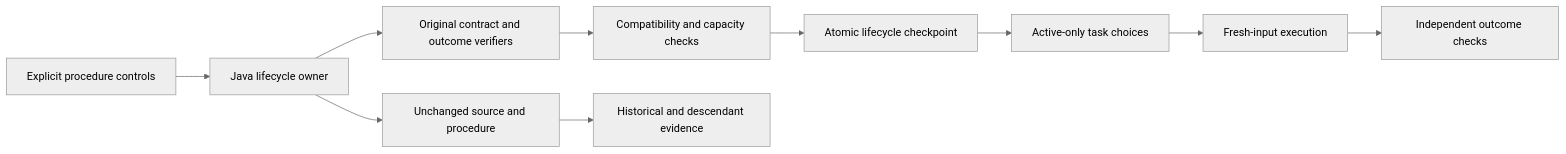
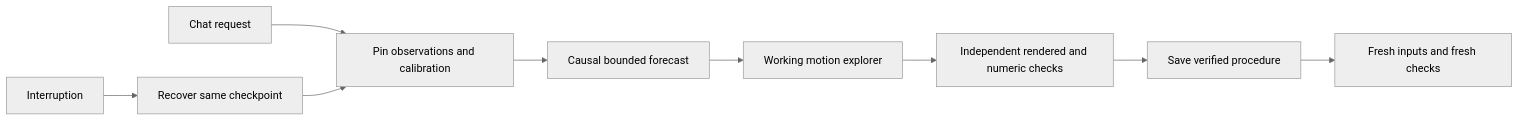
Before and after one commit to eyeoverthink/Fraynix-Agent-Workspace: the diagram in README.md, drawn with Mermaid (neutral theme). The commit also changed other lines of this file and 254 other files, not shown here.

Commit message:
Document edition 128 observed-motion artifacts with retained evidence

````diff
--- a/README.md
+++ b/README.md
@@ -101,12 +30,11 @@
 ```mermaid
 flowchart LR
-  User[Explicit procedure controls] --> Java[Java lifecycle owner]
-  Java --> Original[Unchanged source and procedure]
-  Java --> Verify[Original contract and outcome verifiers]
-  Verify --> Gate[Compatibility and capacity checks]
-  Gate --> Commit[Atomic lifecycle checkpoint]
-  Commit --> Choices[Active-only task choices]
-  Original --> History[Historical and descendant evidence]
-  Choices --> Run[Fresh-input execution]
-  Run --> Outcome[Independent outcome checks]
+    R[Chat request] --> O[Pin observations and calibration]
+    O --> F[Causal bounded forecast]
+    F --> A[Working motion explorer]
+    A --> V[Independent rendered and numeric checks]
+    V --> S[Save verified procedure]
+    I[Interruption] --> C[Recover same checkpoint]
+    C --> O
+    S --> N[Fresh inputs and fresh checks]
 ```
````
